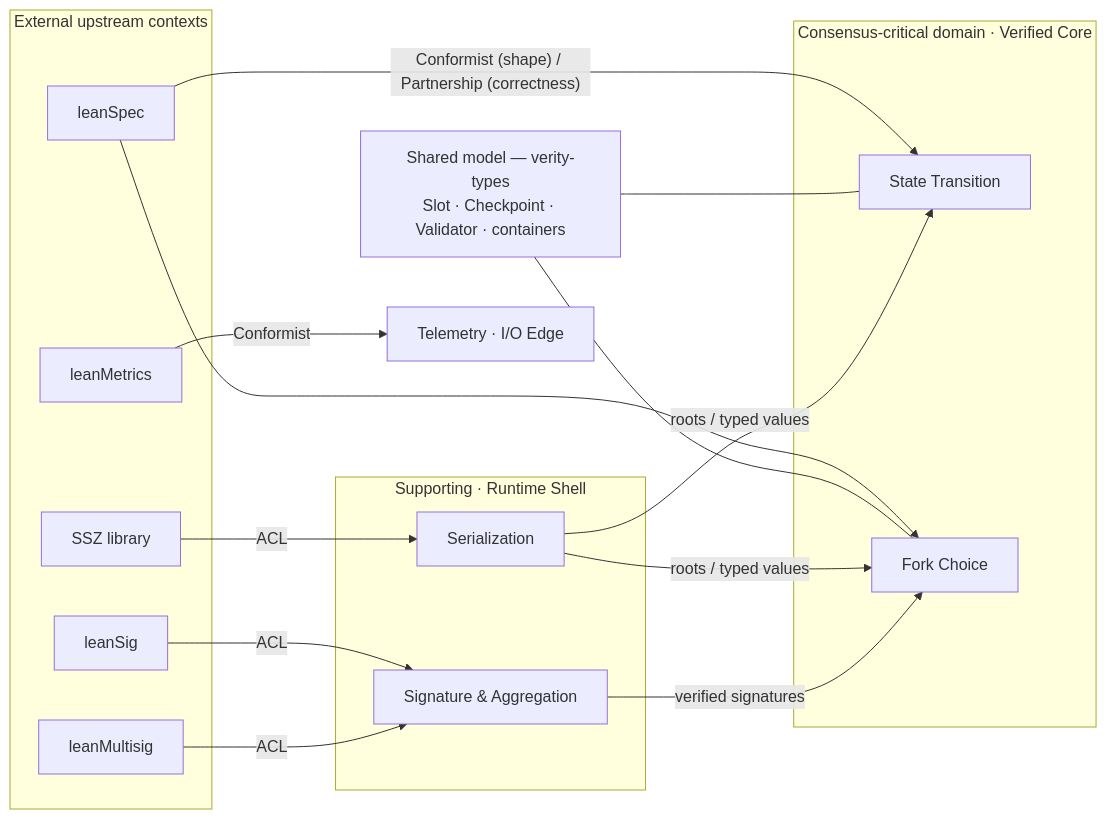
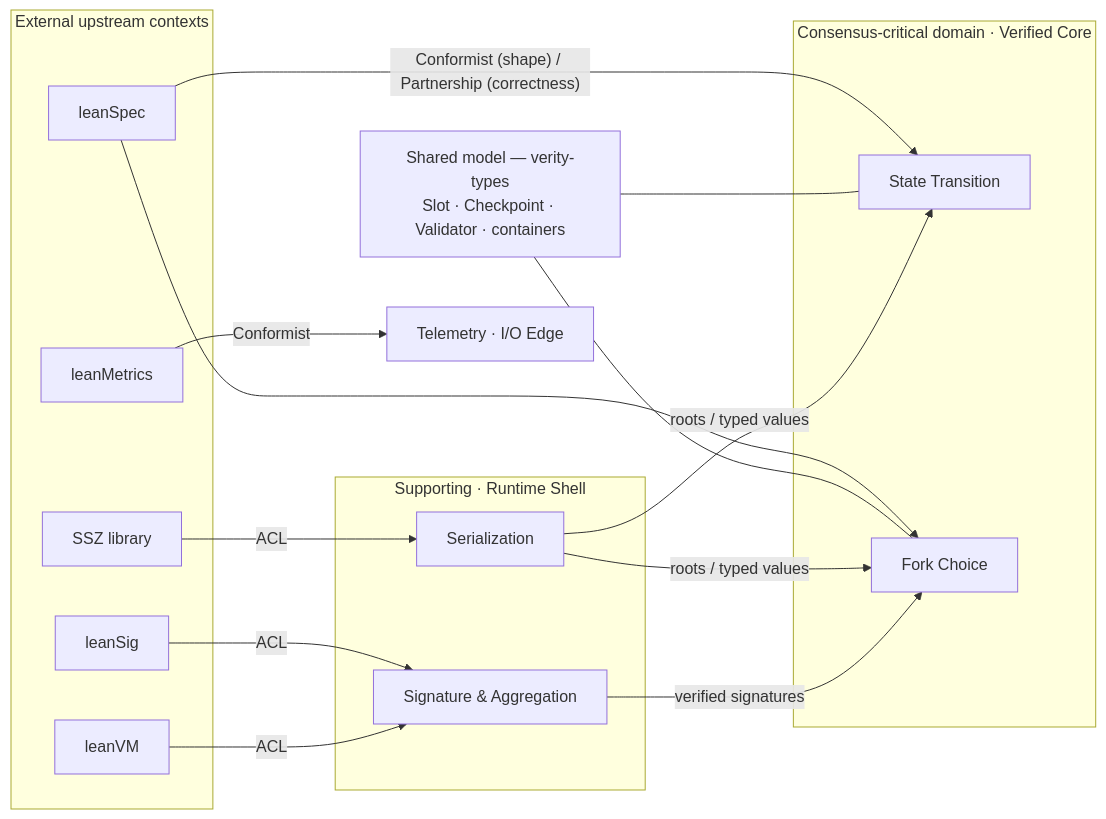
One commit to NyxFoundation/verity changed the first of 4 diagrams in DOMAIN_MODEL.md. Above: the diagram before and after it, drawn with Mermaid. The commit also changed other lines of this file and 36 other files, not shown here.

````diff
--- a/DOMAIN_MODEL.md
+++ b/DOMAIN_MODEL.md
@@ -84,31 +84,31 @@
 ```mermaid
 flowchart LR
     subgraph ext["External upstream contexts"]
         SPEC["leanSpec"]
         SIGLIB["leanSig"]
-        MULTI["leanMultisig"]
+        MULTI["leanVM"]
         METR["leanMetrics"]
         SSZ["SSZ library"]
     end
     subgraph consensusD["Consensus-critical domain · Verified Core"]
         ST["State Transition"]
         FC["Fork Choice"]
     end
     subgraph supp["Supporting · Runtime Shell"]
         SIG["Signature & Aggregation"]
         SER["Serialization"]
     end
     SK["Shared model — verity-types<br/>Slot · Checkpoint · Validator · containers"]
     TEL["Telemetry · I/O Edge"]
     SPEC -->|"Conformist (shape) / Partnership (correctness)"| ST
     SPEC --> FC
     SIGLIB -->|ACL| SIG
     MULTI -->|ACL| SIG
     METR -->|Conformist| TEL
     SSZ -->|ACL| SER
     SK --- ST
     SK --- FC
     SER -->|"roots / typed values"| ST
     SER -->|"roots / typed values"| FC
     SIG -->|"verified signatures"| FC
 ```
````
